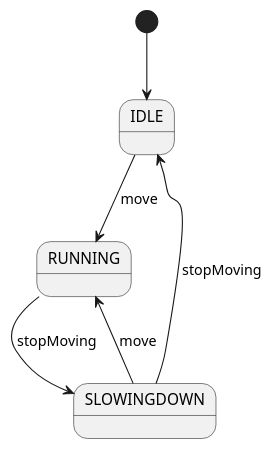
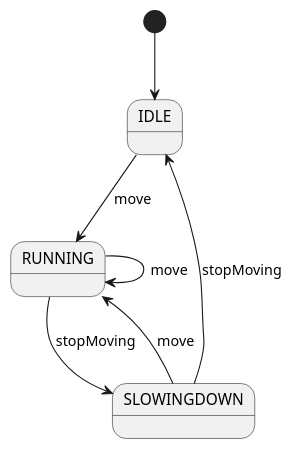
Before and after one commit to lmtb06/Dungeon: the diagram in diagrammes/etats/joueur.puml, drawn with PlantUML. The commit also changed 1 other file, not shown here.

Commit message:
Mis à jour diagramme sprint 2 # Détails - Mise à jour du diagramme de classe (découpage en packages) - Mise à jour du diagramme d'état du joueur (etat running à running) # Remarques - Version préliminaire et incompléte mais progression

```diff
--- a/diagrammes/etats/joueur.puml
+++ b/diagrammes/etats/joueur.puml
@@ -1,9 +1,10 @@
 @startuml
 
 [*] --> IDLE
 IDLE --> RUNNING : move
 RUNNING --> SLOWINGDOWN : stopMoving
+RUNNING --> RUNNING : move
 SLOWINGDOWN --> IDLE : stopMoving
 SLOWINGDOWN --> RUNNING : move
 
 @enduml
```
